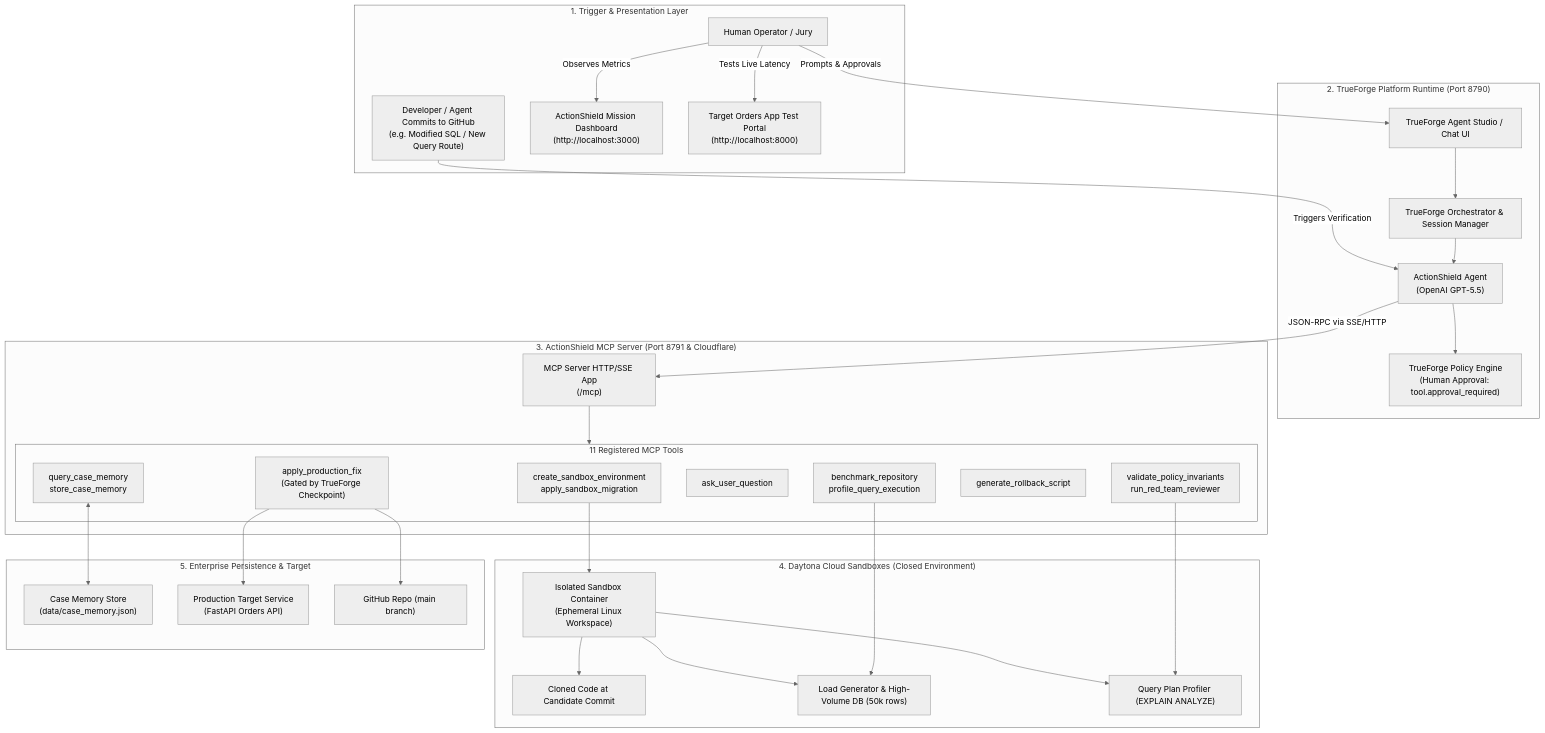
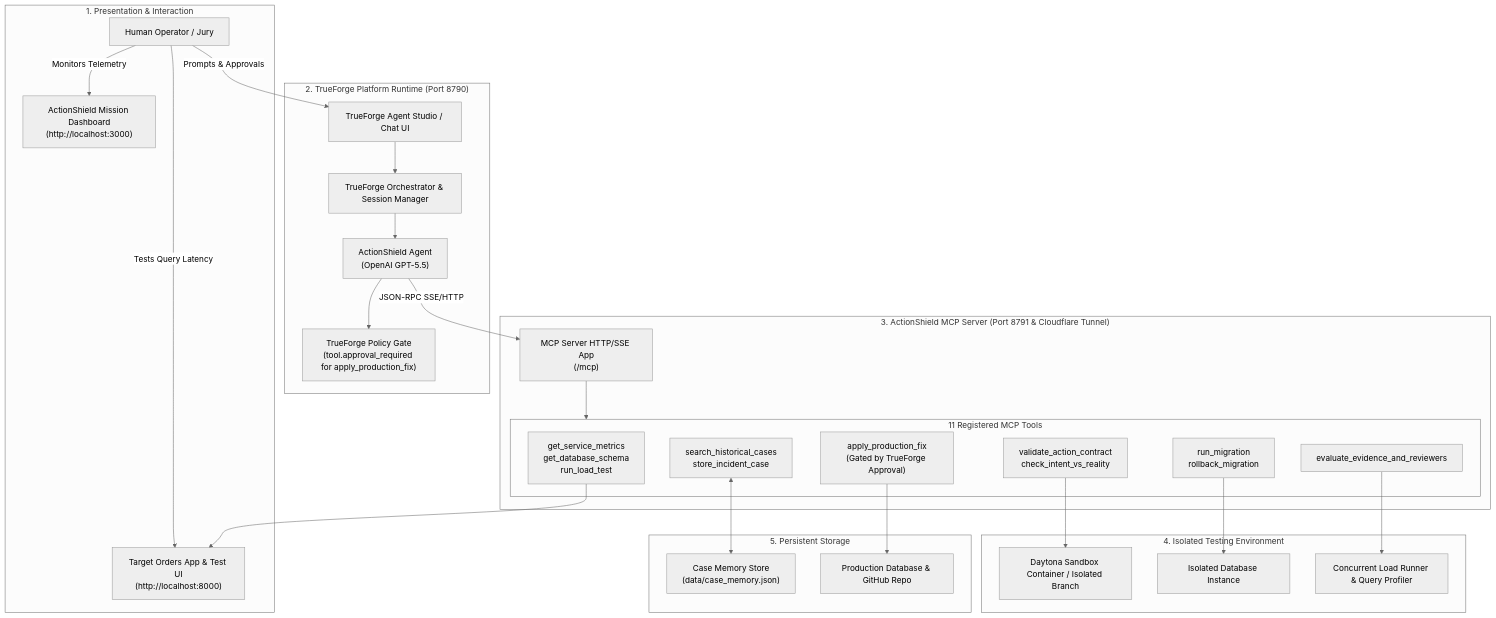
Before and after one commit to rajnishkumar13500/TrueFoundry: the first of 3 diagrams in diagram.md, drawn with Mermaid (neutral theme). The commit also changed other lines of this file, not shown here.

Commit message:
docs: align diagram.md with exact MCP tools and actual flow (diagnose first -> sandbox test fix -> human approval)

````diff
--- a/diagram.md
+++ b/diagram.md
@@ -16,63 +38,55 @@
 ```mermaid
 graph TB
-    subgraph TriggerLayer["1. Trigger & Presentation Layer"]
-        DevCommit["Developer / Agent Commits to GitHub<br>(e.g. Modified SQL / New Query Route)"]
-        User["Human Operator / Jury"]
+    subgraph PresentationLayer["1. Presentation & Interaction"]
+        Operator["Human Operator / Jury"]
         Dashboard["ActionShield Mission Dashboard<br>(http://localhost:3000)"]
-        TargetAppUI["Target Orders App Test Portal<br>(http://localhost:8000)"]
+        TargetApp["Target Orders App & Test UI<br>(http://localhost:8000)"]
     end
 
     subgraph TrueForgeLayer["2. TrueForge Platform Runtime (Port 8790)"]
         TFStudio["TrueForge Agent Studio / Chat UI"]
         TFOrchestrator["TrueForge Orchestrator & Session Manager"]
-        TFPolicyEngine["TrueForge Policy Engine<br>(Human Approval: tool.approval_required)"]
+        TFPolicyEngine["TrueForge Policy Gate<br>(tool.approval_required for apply_production_fix)"]
         TFAgent["ActionShield Agent<br>(OpenAI GPT-5.5)"]
     end
 
-    subgraph MCPLayer["3. ActionShield MCP Server (Port 8791 & Cloudflare)"]
+    subgraph MCPLayer["3. ActionShield MCP Server (Port 8791 & Cloudflare Tunnel)"]
         MCPEndpoint["MCP Server HTTP/SSE App<br>(/mcp)"]
         subgraph ToolRegistry["11 Registered MCP Tools"]
-            T_Sand["create_sandbox_environment<br>apply_sandbox_migration"]
-            T_Bench["benchmark_repository<br>profile_query_execution"]
-            T_Policy["validate_policy_invariants<br>run_red_team_reviewer"]
-            T_User["ask_user_question"]
-            T_Mem["query_case_memory<br>store_case_memory"]
-            T_Roll["generate_rollback_script"]
-            T_Prod["apply_production_fix<br>(Gated by TrueForge Checkpoint)"]
+            T_Diag["get_service_metrics<br>get_database_schema<br>run_load_test"]
+            T_Mem["search_historical_cases<br>store_incident_case"]
+            T_Contract["validate_action_contract<br>check_intent_vs_reality"]
+            T_Review["evaluate_evidence_and_reviewers"]
+            T_Migrate["run_migration<br>rollback_migration"]
+            T_Prod["apply_production_fix<br>(Gated by TrueForge Approval)"]
         end
     end
 
-    subgraph Sandboxes["4. Daytona Cloud Sandboxes (Closed Environment)"]
-        DaytonaWorkspace["Isolated Sandbox Container<br>(Ephemeral Linux Workspace)"]
-        TargetCode["Cloned Code at Candidate Commit"]
-        LoadGen["Load Generator & High-Volume DB (50k rows)"]
-        QueryProfiler["Query Plan Profiler (EXPLAIN ANALYZE)"]
+    subgraph SandboxLayer["4. Isolated Testing Environment"]
+        SandboxEnv["Daytona Sandbox Container / Isolated Branch"]
+        SandboxDB["Isolated Database Instance"]
+        LoadRunner["Concurrent Load Runner & Query Profiler"]
     end
 
-    subgraph Persistence["5. Enterprise Persistence & Target"]
-        CaseMemoryDB["Case Memory Store<br>(data/case_memory.json)"]
-        TargetApp["Production Target Service<br>(FastAPI Orders API)"]
-        GitRepo["GitHub Repo (main branch)"]
+    subgraph StorageLayer["5. Persistent Storage"]
+        CaseMemoryFile["Case Memory Store<br>(data/case_memory.json)"]
+        ProductionDB["Production Database & GitHub Repo"]
     end
 
-    DevCommit -->|Triggers Verification| TFAgent
-    User -->|Prompts & Approvals| TFStudio
-    User -->|Observes Metrics| Dashboard
-    User -->|Tests Live Latency| TargetAppUI
+    Operator -->|Prompts & Approvals| TFStudio
+    Operator -->|Monitors Telemetry| Dashboard
+    Operator -->|Tests Query Latency| TargetApp
 
     TFStudio --> TFOrchestrator
     TFOrchestrator --> TFAgent
     TFAgent --> TFPolicyEngine
-    TFAgent -->|JSON-RPC via SSE/HTTP| MCPEndpoint
+    TFAgent -->|JSON-RPC SSE/HTTP| MCPEndpoint
 
     MCPEndpoint --> ToolRegistry
-    T_Sand --> DaytonaWorkspace
-    DaytonaWorkspace --> TargetCode
-    DaytonaWorkspace --> LoadGen
-    DaytonaWorkspace --> QueryProfiler
-    T_Bench --> LoadGen
-    T_Policy --> QueryProfiler
-    T_Mem <--> CaseMemoryDB
-    T_Prod --> GitRepo
-    T_Prod --> TargetApp
+    T_Diag --> TargetApp
+    T_Mem <--> CaseMemoryFile
+    T_Contract --> SandboxEnv
+    T_Migrate --> SandboxDB
+    T_Review --> LoadRunner
+    T_Prod --> ProductionDB
 ```
````
